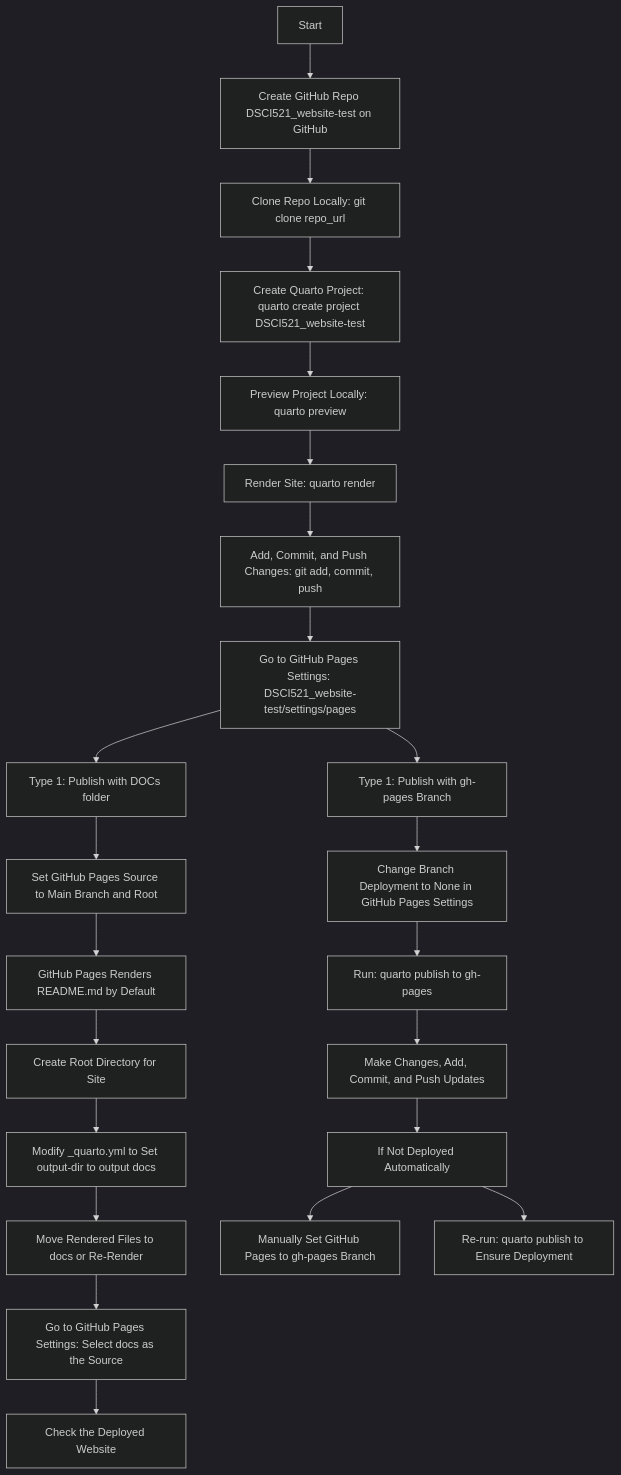
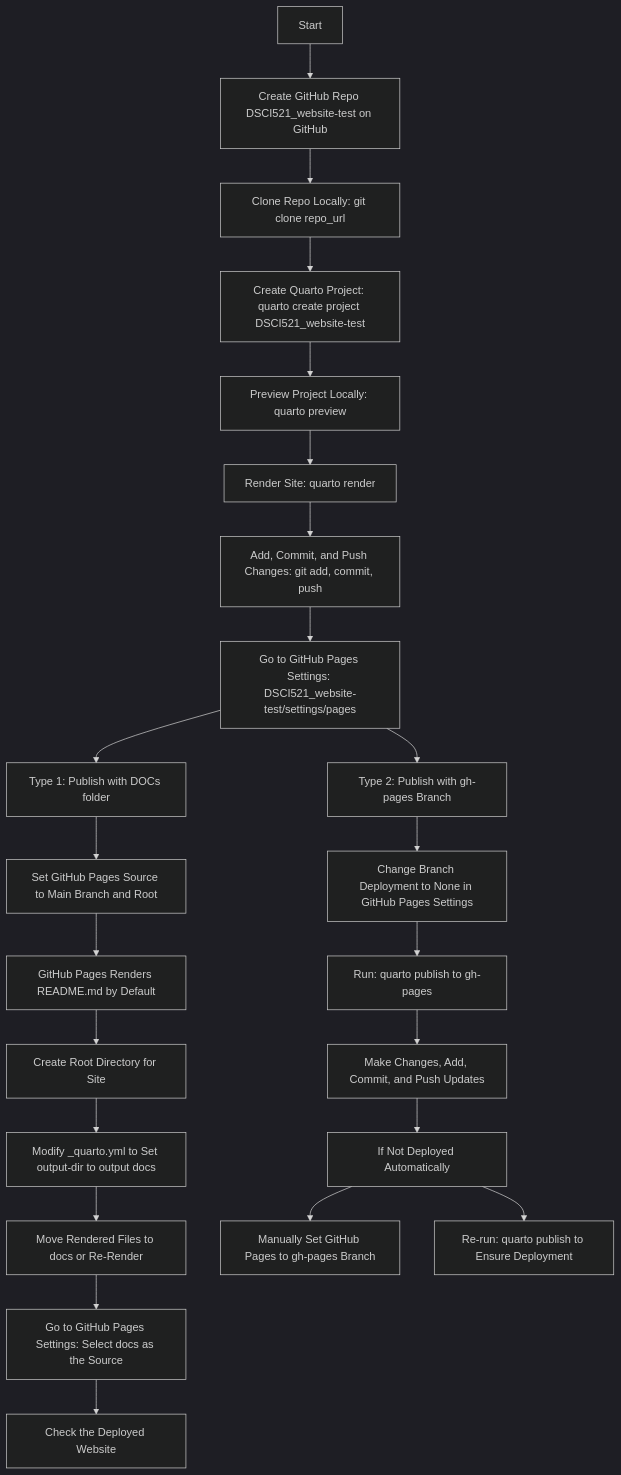
The diagram in about.qmd (andytai7/DSCI521_website-test), drawn with Mermaid (dark theme) before and after one commit. The commit also changed other lines of this file and 4 other files, not shown here.

````diff
--- a/about.qmd
+++ b/about.qmd
@@ -7,29 +7,29 @@
 ```{mermaid}
 
 flowchart TD
     A[Start] --> B[Create GitHub Repo DSCI521_website-test on GitHub]
     B --> C[Clone Repo Locally: git clone repo_url]
     C --> D[Create Quarto Project: quarto create project DSCI521_website-test]
     D --> E[Preview Project Locally: quarto preview]
     E --> F[Render Site: quarto render]
     F --> G[Add, Commit, and Push Changes: git add, commit, push]
     G --> H[Go to GitHub Pages Settings: DSCI521_website-test/settings/pages]
 
     H --> Q[Type 1: Publish with DOCs folder]
     Q --> I[Set GitHub Pages Source to Main Branch and Root]
     I --> J[GitHub Pages Renders README.md by Default]
     J --> K[Create Root Directory for Site]
     K --> L[Modify _quarto.yml to Set output-dir to output docs]
     L --> M[Move Rendered Files to docs or Re-Render]
     M --> N[Go to GitHub Pages Settings: Select docs as the Source]
     N --> O[Check the Deployed Website]
 
-    H --> P[Type 1: Publish with gh-pages Branch]
+    H --> P[Type 2: Publish with gh-pages Branch]
     P --> R[Change Branch Deployment to None in GitHub Pages Settings]
     R --> S[Run: quarto publish to gh-pages]
     S --> T[Make Changes, Add, Commit, and Push Updates]
     T --> U[If Not Deployed Automatically]
     U --> V[Manually Set GitHub Pages to gh-pages Branch]
     U --> W[Re-run: quarto publish to Ensure Deployment]
   
 ```
````
